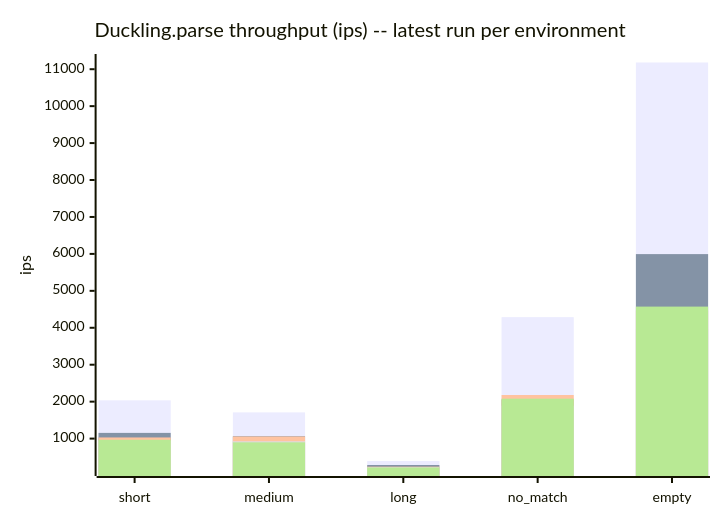
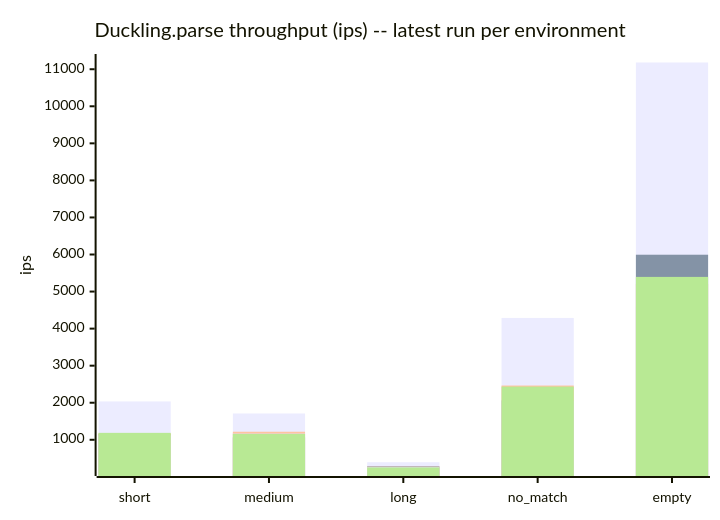
One commit to cpb/duckling changed the sixth of 7 diagrams in docs/benchmarks/README.md. Above: the diagram before and after it, drawn with Mermaid. The commit also changed other lines of this file and 4 other files, not shown here.

````diff
--- a/docs/benchmarks/README.md
+++ b/docs/benchmarks/README.md
@@ -211,11 +211,11 @@
 ```mermaid
 xychart-beta
     title "Duckling.parse throughput (ips) -- latest run per environment"
     x-axis [short, medium, long, no_match, empty]
     y-axis "ips"
     bar "github-actions" [2035.5, 1709.8, 393.8, 4287.8, 11181.6]
     bar "claude-code-web" [1154.4, 1064.6, 284.8, 2058.0, 5994.3]
-    bar "local-3.3" [1030.7, 1057.5, 239.6, 2179.9, 4469.7]
-    bar "local-3.4" [946.5, 927.0, 225.1, 1890.6, 3972.7]
-    bar "local-4.0" [967.4, 898.1, 217.3, 2080.4, 4573.2]
+    bar "local-3.3" [1175.1, 1217.2, 273.9, 2464.0, 5206.5]
+    bar "local-3.4" [1116.0, 1168.6, 267.9, 2056.4, 4592.3]
+    bar "local-4.0" [1187.1, 1156.8, 252.0, 2435.1, 5395.4]
 ```
````
